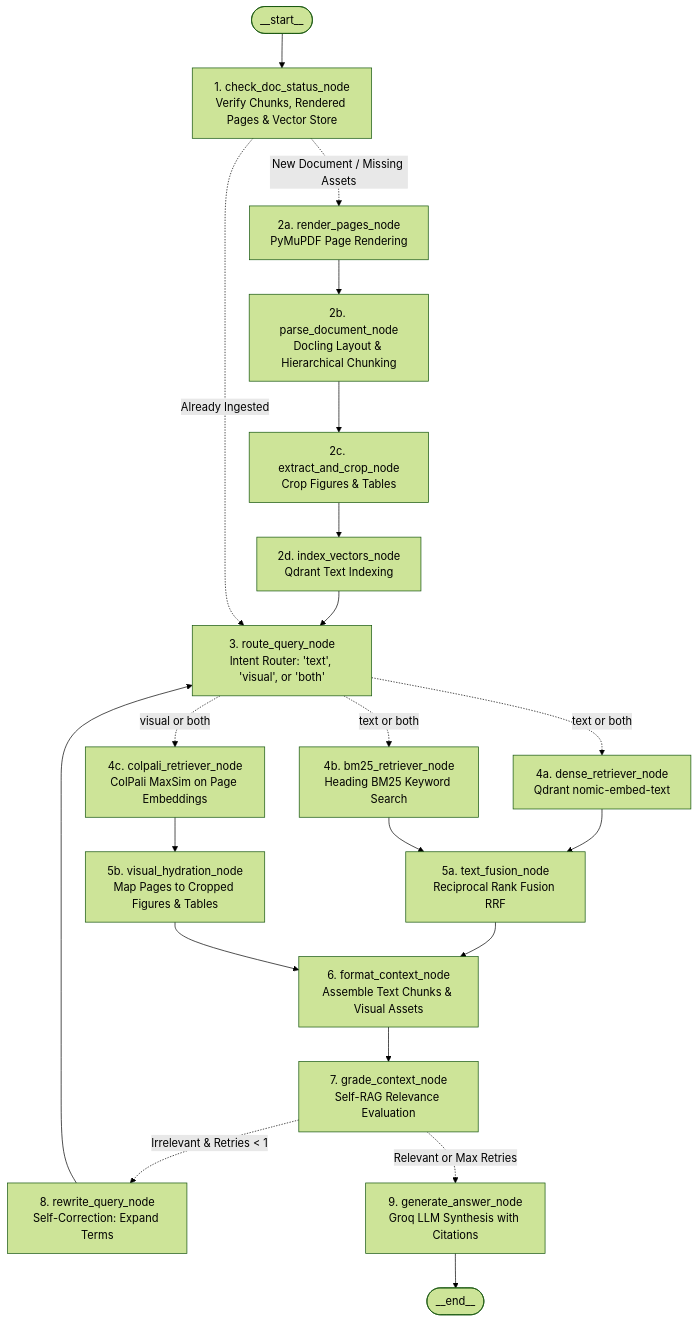
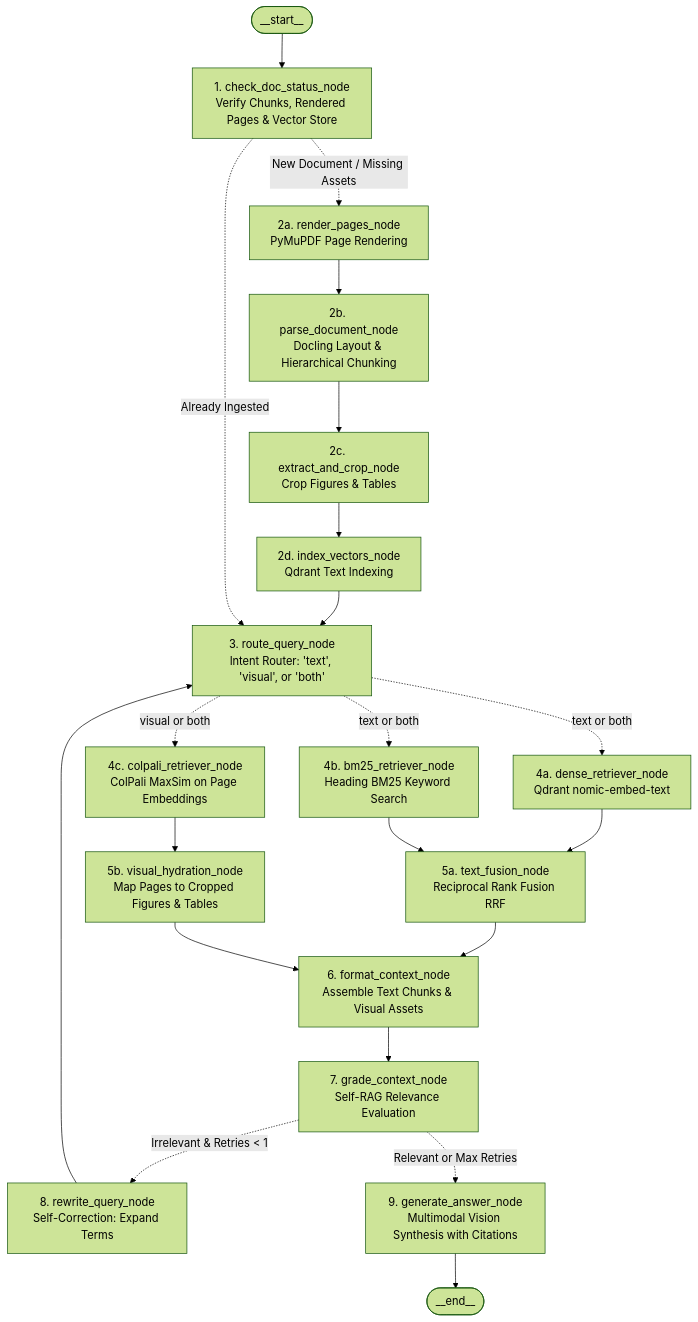
One commit to Rayyanxalii/Multi-Modal-RAG changed the diagram in README.md. Above: the diagram before and after it, drawn with Mermaid (forest theme). The commit also changed other lines of this file and 11 other files, not shown here.

Commit message:
code revamp + vision llm

````diff
--- a/README.md
+++ b/README.md
@@ -11,37 +11,37 @@
 ```mermaid
 graph TD;
     __start__([__start__]) --> check_doc_status[1. check_doc_status_node<br/>Verify Chunks, Rendered Pages & Vector Store]
 
     %% Ingestion Branch
     check_doc_status -.->|"New Document / Missing Assets"| render_pages[2a. render_pages_node<br/>PyMuPDF Page Rendering]
     render_pages --> parse_document[2b. parse_document_node<br/>Docling Layout & Hierarchical Chunking]
     parse_document --> extract_and_crop[2c. extract_and_crop_node<br/>Crop Figures & Tables]
     extract_and_crop --> index_vectors[2d. index_vectors_node<br/>Qdrant Text Indexing]
     index_vectors --> route_query
 
     %% Fast Path for Ingested Document
     check_doc_status -.->|"Already Ingested"| route_query[3. route_query_node<br/>Intent Router: 'text', 'visual', or 'both']
 
     %% Parallel Multi-Modal Retrieval Branches
     route_query -.->|"text or both"| dense_retriever[4a. dense_retriever_node<br/>Qdrant nomic-embed-text]
     route_query -.->|"text or both"| bm25_retriever[4b. bm25_retriever_node<br/>Heading BM25 Keyword Search]
     route_query -.->|"visual or both"| colpali_retriever[4c. colpali_retriever_node<br/>ColPali MaxSim on Page Embeddings]
 
     %% Fusion & Asset Hydration
     dense_retriever --> text_fusion[5a. text_fusion_node<br/>Reciprocal Rank Fusion RRF]
     bm25_retriever --> text_fusion
     colpali_retriever --> visual_hydration[5b. visual_hydration_node<br/>Map Pages to Cropped Figures & Tables]
 
     %% Context Assembly
     text_fusion --> format_context[6. format_context_node<br/>Assemble Text Chunks & Visual Assets]
     visual_hydration --> format_context
 
     %% Self-RAG Reflection
     format_context --> grade_context[7. grade_context_node<br/>Self-RAG Relevance Evaluation]
     grade_context -.->|"Irrelevant & Retries < 1"| rewrite_query[8. rewrite_query_node<br/>Self-Correction: Expand Terms]
     rewrite_query --> route_query
 
     %% Grounded Answer Synthesis
-    grade_context -.->|"Relevant or Max Retries"| generate_answer[9. generate_answer_node<br/>Groq LLM Synthesis with Citations]
+    grade_context -.->|"Relevant or Max Retries"| generate_answer[9. generate_answer_node<br/>Multimodal Vision Synthesis with Citations]
     generate_answer --> __end__([__end__])
 ```
````
